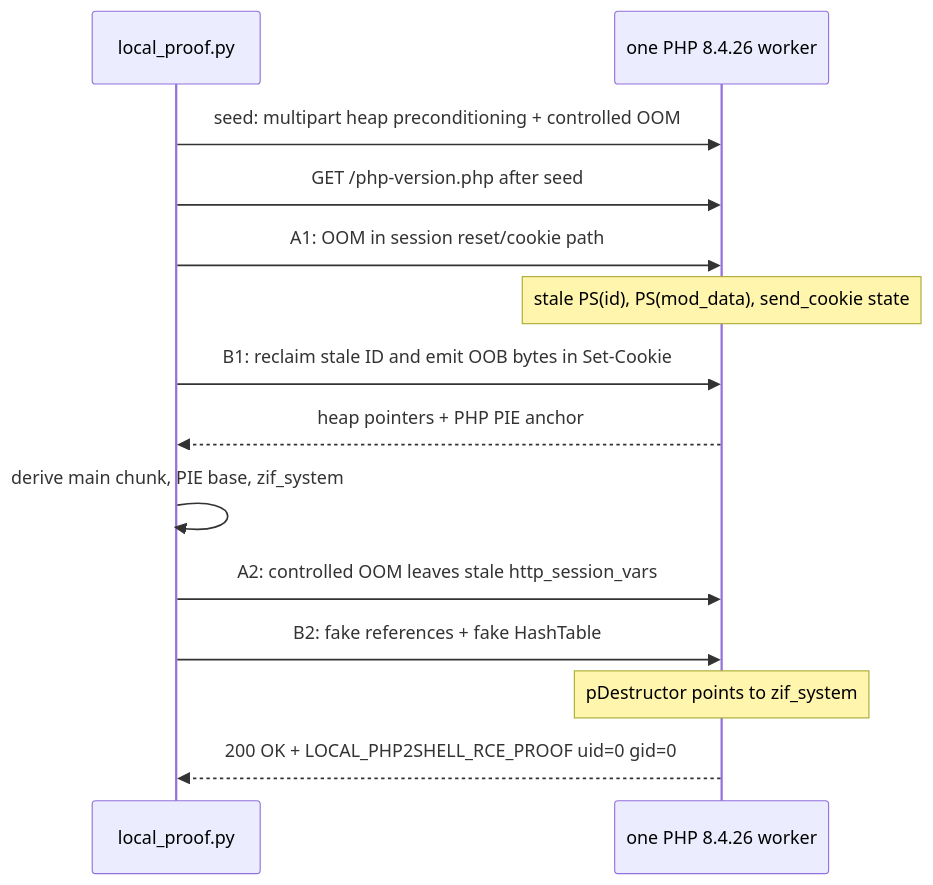
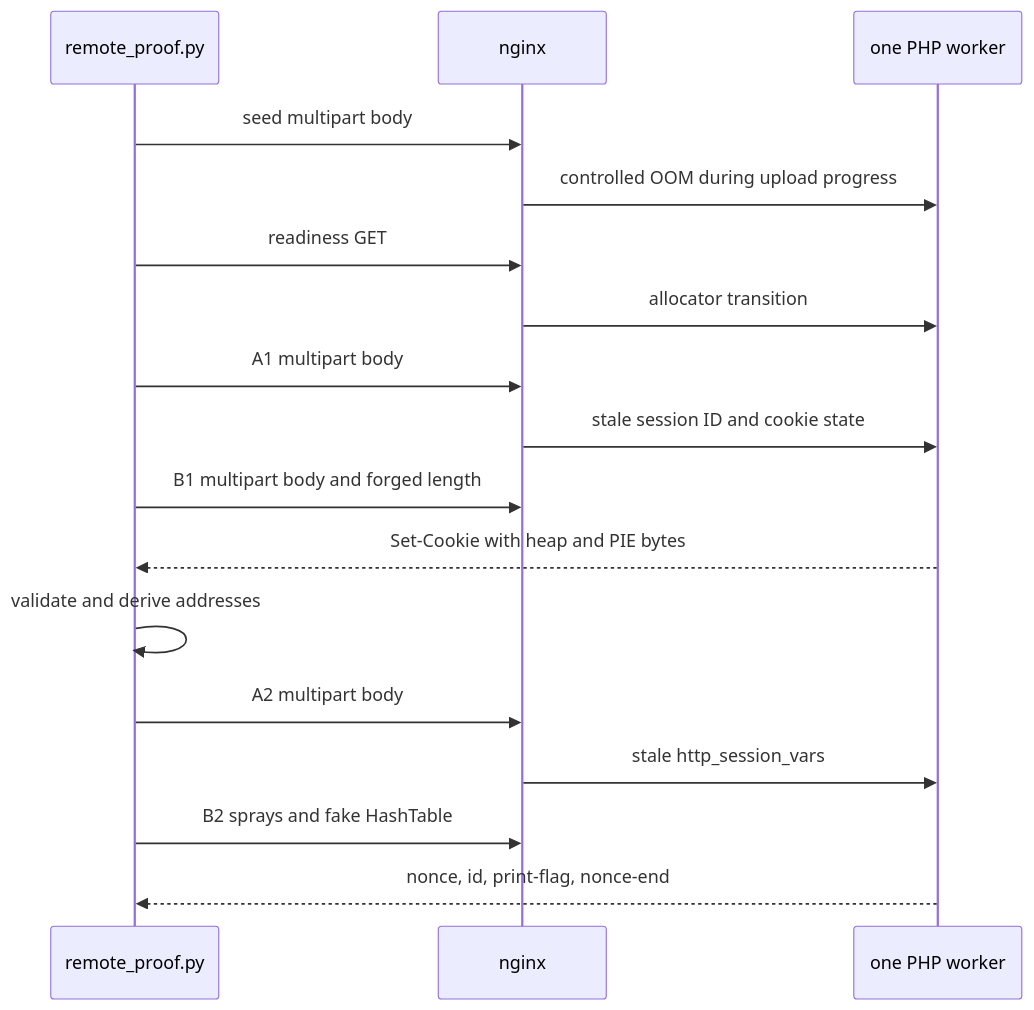
The diagram in README.md (Erwann9875/stealmybitcoin-ctf-attempt), drawn with Mermaid before and after one commit. The commit also changed other lines of this file and 11 other files, not shown here.

Commit message:
Add independent nginx multi-worker proof

````diff
--- a/README.md
+++ b/README.md
@@ -162,16 +217,19 @@
 ```mermaid
 sequenceDiagram
-    participant P as local_proof.py
-    participant W as one PHP 8.4.26 worker
-    P->>W: seed: multipart heap preconditioning + controlled OOM
-    P->>W: GET /php-version.php after seed
-    P->>W: A1: OOM in session reset/cookie path
-    Note over W: stale PS(id), PS(mod_data), send_cookie state
-    P->>W: B1: reclaim stale ID and emit OOB bytes in Set-Cookie
-    W-->>P: heap pointers + PHP PIE anchor
-    P->>P: derive main chunk, PIE base, zif_system
-    P->>W: A2: controlled OOM leaves stale http_session_vars
-    P->>W: B2: fake references + fake HashTable
-    Note over W: pDestructor points to zif_system
-    W-->>P: 200 OK + LOCAL_PHP2SHELL_RCE_PROOF uid=0 gid=0
+    participant C as remote_proof.py
+    participant N as nginx
+    participant W as one PHP worker
+    C->>N: seed multipart body
+    N->>W: controlled OOM during upload progress
+    C->>N: readiness GET
+    N->>W: allocator transition
+    C->>N: A1 multipart body
+    N->>W: stale session ID and cookie state
+    C->>N: B1 multipart body and forged length
+    W-->>C: Set-Cookie with heap and PIE bytes
+    C->>C: validate and derive addresses
+    C->>N: A2 multipart body
+    N->>W: stale http_session_vars
+    C->>N: B2 sprays and fake HashTable
+    W-->>C: nonce, id, print-flag, nonce-end
 ```
````
